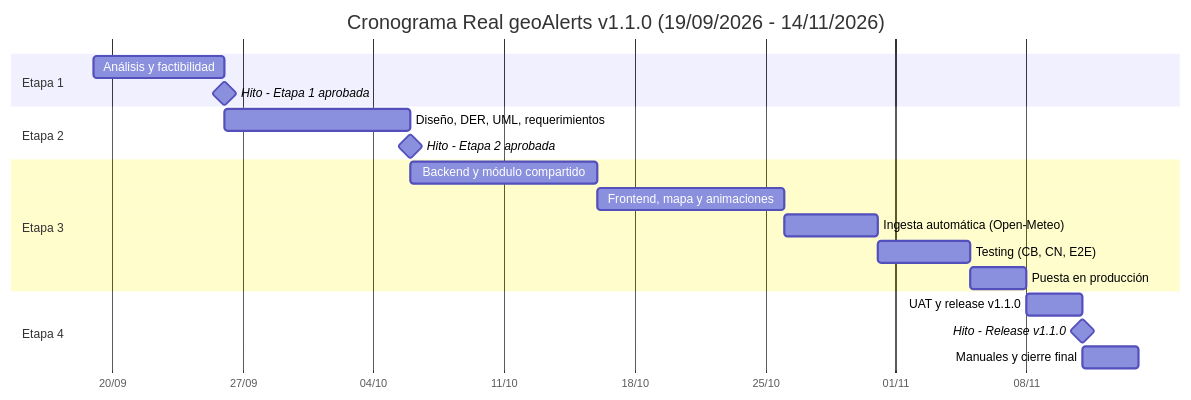
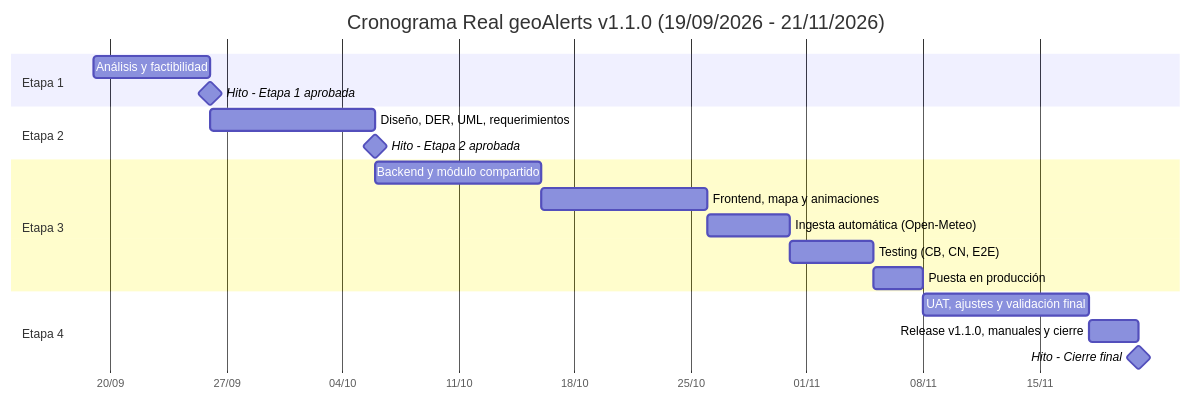
The third of 5 diagrams in docs/01-analisis-factibilidad.md (nachoo08/geoAlerts), drawn with Mermaid before and after one commit. The commit also changed other lines of this file and 3 other files, not shown here.

````diff
--- a/docs/01-analisis-factibilidad.md
+++ b/docs/01-analisis-factibilidad.md
@@ -439,22 +439,22 @@
 ```mermaid
 gantt
-    title Cronograma Real geoAlerts v1.1.0 (19/09/2026 - 14/11/2026)
+    title Cronograma Real geoAlerts v1.1.0 (19/09/2026 - 21/11/2026)
     dateFormat  YYYY-MM-DD
     axisFormat  %d/%m
     section Etapa 1
     Análisis y factibilidad          :e1, 2026-09-19, 7d
     Hito - Etapa 1 aprobada          :milestone, m1, after e1, 0d
     section Etapa 2
     Diseño, DER, UML, requerimientos :e2, after e1, 10d
     Hito - Etapa 2 aprobada          :milestone, m2, after e2, 0d
     section Etapa 3
     Backend y módulo compartido      :e3a, after e2, 10d
     Frontend, mapa y animaciones     :e3b, after e3a, 10d
     Ingesta automática (Open-Meteo)  :e3c, after e3b, 5d
     Testing (CB, CN, E2E)            :e3d, after e3c, 5d
     Puesta en producción             :e3e, after e3d, 3d
     section Etapa 4
-    UAT y release v1.1.0             :e4a, after e3e, 3d
-    Hito - Release v1.1.0            :milestone, m3, after e4a, 0d
-    Manuales y cierre final          :e4b, after e4a, 3d
+    UAT, ajustes y validación final    :e4a, after e3e, 10d
+    Release v1.1.0, manuales y cierre :e4b, after e4a, 3d
+    Hito - Cierre final              :milestone, m3, after e4b, 0d
 ```
````
